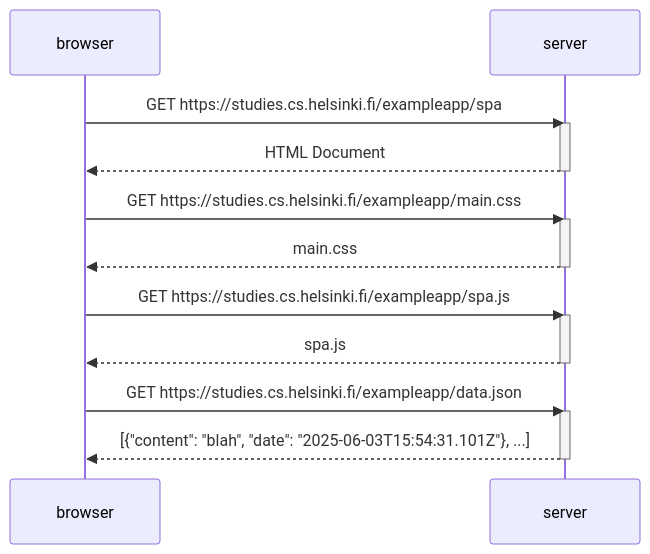
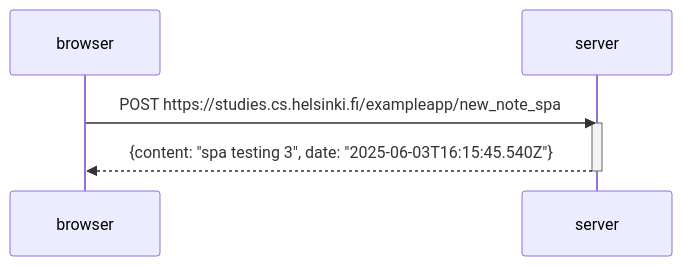
Before and after one commit to yeah-mr-white/full_stack_open: the diagram in part0/0_6_new_note_in_spa_diagram.md, drawn with Mermaid.

Commit message:
Submit 0_6_new_note_in_spa_diagram.md

````diff
--- a/part0/0_6_new_note_in_spa_diagram.md
+++ b/part0/0_6_new_note_in_spa_diagram.md
@@ -1,25 +1,10 @@
 ```mermaid
 sequenceDiagram
     participant browser
     participant server
 
-    browser->>server: GET https://studies.cs.helsinki.fi/exampleapp/spa
+    browser->>server: POST https://studies.cs.helsinki.fi/exampleapp/new_note_spa
     activate server
-    server-->>browser: HTML Document
-    deactivate server
-
-    browser->>server: GET https://studies.cs.helsinki.fi/exampleapp/main.css
-    activate server
-    server-->>browser: main.css
-    deactivate server
-
-    browser->>server: GET https://studies.cs.helsinki.fi/exampleapp/spa.js
-    activate server
-    server-->>browser: spa.js
-    deactivate server
-
-    browser->>server: GET https://studies.cs.helsinki.fi/exampleapp/data.json
-    activate server
-    server-->>browser: [{"content": "blah", "date": "2025-06-03T15:54:31.101Z"}, ...]
+    server-->>browser: {content: "spa testing 3", date: "2025-06-03T16:15:45.540Z"}
     deactivate server
 ```
````
